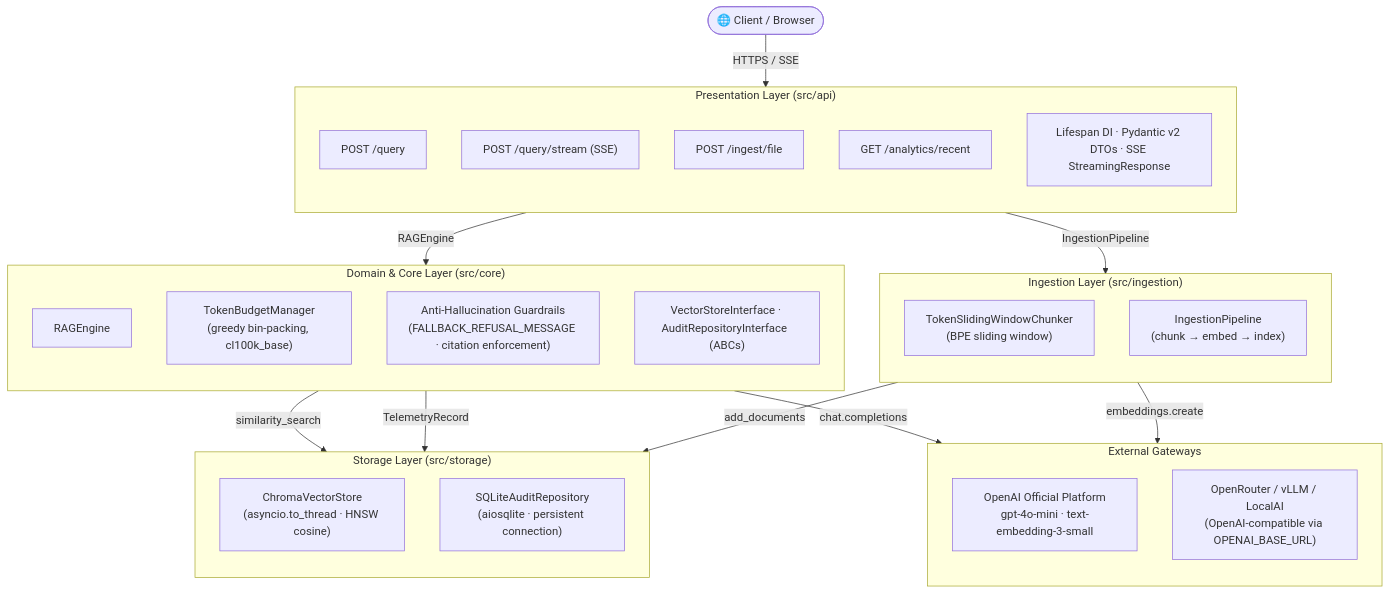
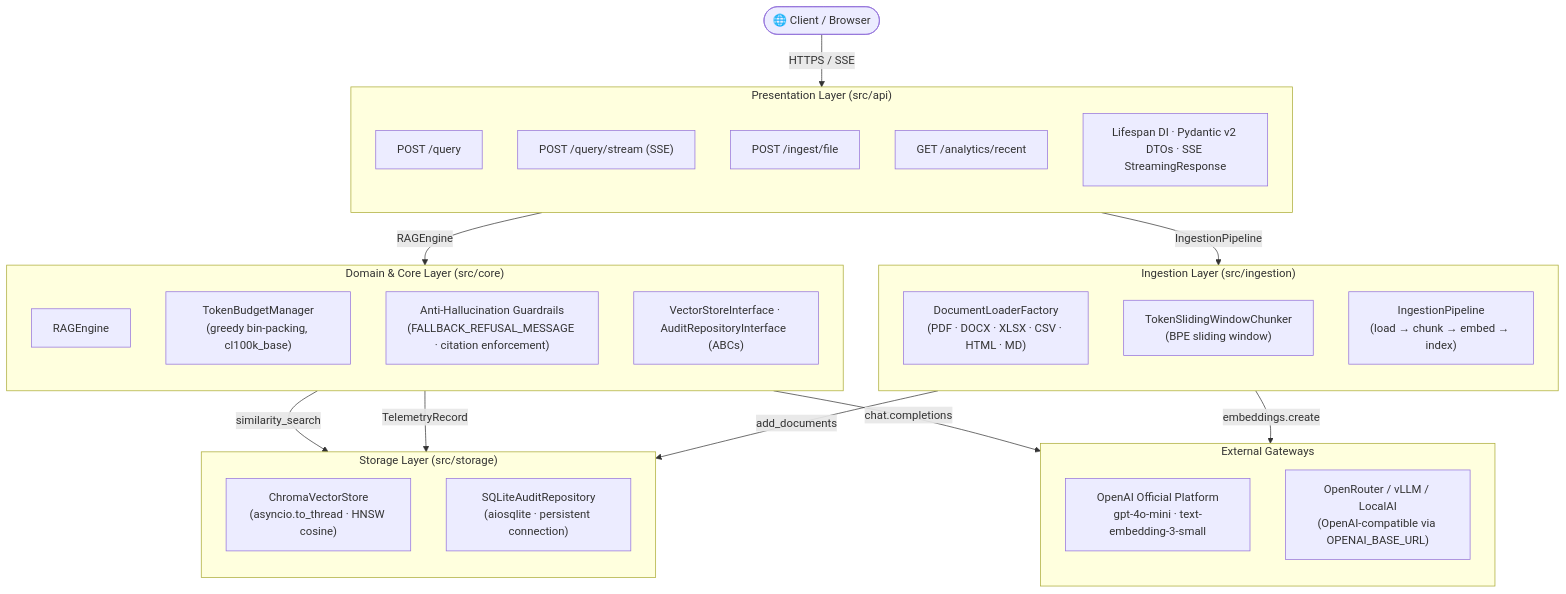
Before and after one commit to Nazar-Plokhuta/docuquery-rag-agent: the diagram in README.md, drawn with Mermaid. The commit also changed other lines of this file, not shown here.

Commit message:
docs: update README with multi-format loaders, architecture matrix, and 160-test badge

````diff
--- a/README.md
+++ b/README.md
@@ -34,48 +35,49 @@
 ```mermaid
 flowchart TD
     Client(["🌐 Client / Browser"])
 
     subgraph Presentation["Presentation Layer  (src/api)"]
         direction TB
         R1["POST /query"]
         R2["POST /query/stream  (SSE)"]
         R3["POST /ingest/file"]
         R4["GET  /analytics/recent"]
         DI["Lifespan DI · Pydantic v2 DTOs · SSE StreamingResponse"]
     end
 
     subgraph Domain["Domain & Core Layer  (src/core)"]
         direction TB
         RAG["RAGEngine"]
         TBM["TokenBudgetManager\n(greedy bin-packing, cl100k_base)"]
         AHG["Anti-Hallucination Guardrails\n(FALLBACK_REFUSAL_MESSAGE · citation enforcement)"]
         ABCs["VectorStoreInterface · AuditRepositoryInterface  (ABCs)"]
     end
 
     subgraph Ingestion["Ingestion Layer  (src/ingestion)"]
         direction TB
+        LD["DocumentLoaderFactory\n(PDF · DOCX · XLSX · CSV · HTML · MD)"]
         CHK["TokenSlidingWindowChunker\n(BPE sliding window)"]
-        PIP["IngestionPipeline\n(chunk → embed → index)"]
+        PIP["IngestionPipeline\n(load → chunk → embed → index)"]
     end
 
     subgraph Storage["Storage Layer  (src/storage)"]
         direction TB
         VEC["ChromaVectorStore\n(asyncio.to_thread · HNSW cosine)"]
         ADB["SQLiteAuditRepository\n(aiosqlite · persistent connection)"]
     end
 
     subgraph Gateways["External Gateways"]
         direction TB
         OAI["OpenAI Official Platform\ngpt-4o-mini · text-embedding-3-small"]
         ORT["OpenRouter / vLLM / LocalAI\n(OpenAI-compatible via OPENAI_BASE_URL)"]
     end
 
     Client -->|"HTTPS / SSE"| Presentation
     Presentation -->|"RAGEngine"| Domain
     Presentation -->|"IngestionPipeline"| Ingestion
     Domain -->|"similarity_search"| Storage
     Domain -->|"TelemetryRecord"| Storage
     Ingestion -->|"add_documents"| Storage
     Domain -->|"chat.completions"| Gateways
     Ingestion -->|"embeddings.create"| Gateways
 ```
````
